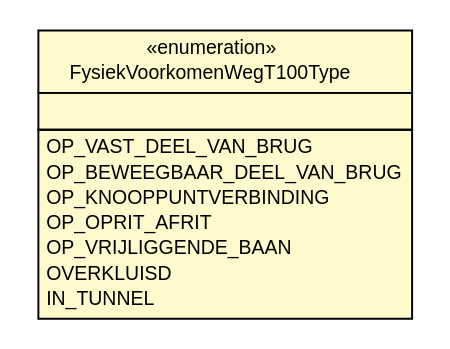
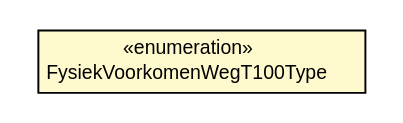
The diagram in topnlparser/apidocs/nl/b3p/topnl/top100nl/FysiekVoorkomenWegT100Type.dot (B3Partners/brmo), drawn with Graphviz before and after one commit. The commit also changed 1270 other files, not shown here.

```diff
--- a/topnlparser/apidocs/nl/b3p/topnl/top100nl/FysiekVoorkomenWegT100Type.dot
+++ b/topnlparser/apidocs/nl/b3p/topnl/top100nl/FysiekVoorkomenWegT100Type.dot
@@ -1,31 +1,19 @@
 #!/usr/local/bin/dot
 #
 # Class diagram 
 # Generated by UMLGraph version R5_6-24-gf6e263 (http://www.umlgraph.org/)
 #
 
 digraph G {
 	edge [fontname="Helvetica",fontsize=10,labelfontname="Helvetica",labelfontsize=10];
 	node [fontname="Helvetica",fontsize=10,shape=plaintext];
 	nodesep=0.25;
 	ranksep=0.5;
 	// nl.b3p.topnl.top100nl.FysiekVoorkomenWegT100Type
-	c19383 [label=<<table title="nl.b3p.topnl.top100nl.FysiekVoorkomenWegT100Type" border="0" cellborder="1" cellspacing="0" cellpadding="2" port="p" bgcolor="lemonChiffon" href="./FysiekVoorkomenWegT100Type.html">
+	c19353 [label=<<table title="nl.b3p.topnl.top100nl.FysiekVoorkomenWegT100Type" border="0" cellborder="1" cellspacing="0" cellpadding="2" port="p" bgcolor="lemonChiffon" href="./FysiekVoorkomenWegT100Type.html">
 		<tr><td><table border="0" cellspacing="0" cellpadding="1">
 <tr><td align="center" balign="center"> &#171;enumeration&#187; </td></tr>
 <tr><td align="center" balign="center"> FysiekVoorkomenWegT100Type </td></tr>
 		</table></td></tr>
-		<tr><td><table border="0" cellspacing="0" cellpadding="1">
-<tr><td align="left" balign="left">  </td></tr>
-		</table></td></tr>
-		<tr><td><table border="0" cellspacing="0" cellpadding="1">
-<tr><td align="left" balign="left"> OP_VAST_DEEL_VAN_BRUG </td></tr>
-<tr><td align="left" balign="left"> OP_BEWEEGBAAR_DEEL_VAN_BRUG </td></tr>
-<tr><td align="left" balign="left"> OP_KNOOPPUNTVERBINDING </td></tr>
-<tr><td align="left" balign="left"> OP_OPRIT_AFRIT </td></tr>
-<tr><td align="left" balign="left"> OP_VRIJLIGGENDE_BAAN </td></tr>
-<tr><td align="left" balign="left"> OVERKLUISD </td></tr>
-<tr><td align="left" balign="left"> IN_TUNNEL </td></tr>
-		</table></td></tr>
 		</table>>, URL="./FysiekVoorkomenWegT100Type.html", fontname="Helvetica", fontcolor="black", fontsize=10.0];
 }
```
